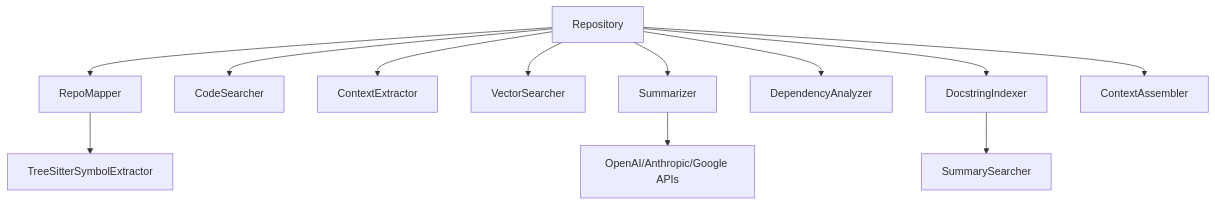
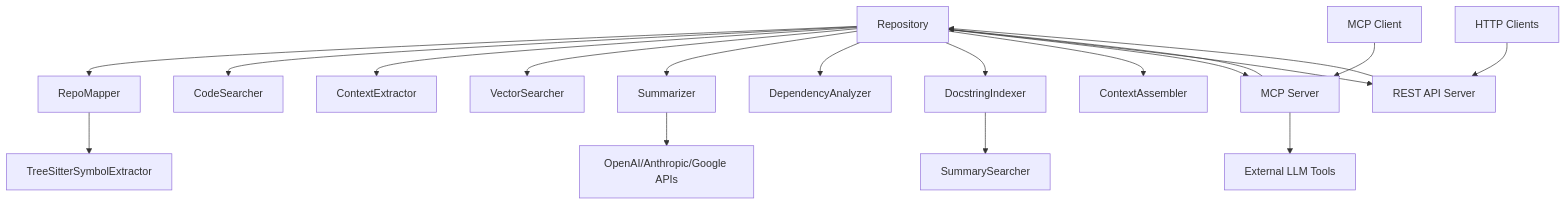
The diagram in README.md (uicnz/codekite), drawn with Mermaid before and after one commit. The commit also changed other lines of this file, not shown here.

Commit message:
docs: Update README to include MCP server and client details; add testing instructions for MCP functionality

````diff
--- a/README.md
+++ b/README.md
@@ -11,14 +11,31 @@
 ```mermaid
 graph TD
     A[Repository] --> B[RepoMapper]
     A --> C[CodeSearcher]
     A --> D[ContextExtractor]
     A --> E[VectorSearcher]
     A --> F[Summarizer]
     B --> G[TreeSitterSymbolExtractor]
     F --> H[OpenAI/Anthropic/Google APIs]
     A --> I[DependencyAnalyzer]
     A --> J[DocstringIndexer]
     J --> K[SummarySearcher]
     A --> L[ContextAssembler]
+
+    %% MCP Server and Client
+    M[MCP Server] --> A
+    A --> M
+    M --> N[External LLM Tools]
+    O[MCP Client] --> M
+
+    %% REST API Server
+    P[REST API Server] --> A
+    A --> P
+    Q[HTTP Clients] --> P
+
+    %% %% Styling
+    %% classDef core fill:#f9f,stroke:#333,stroke-width:2px
+    %% classDef external fill:#bbf,stroke:#33f,stroke-width:1px
+    %% class A,B,C,D,E,F,G,I,J,K,L,M,P core
+    %% class H,N,O,Q external
 ```
````
